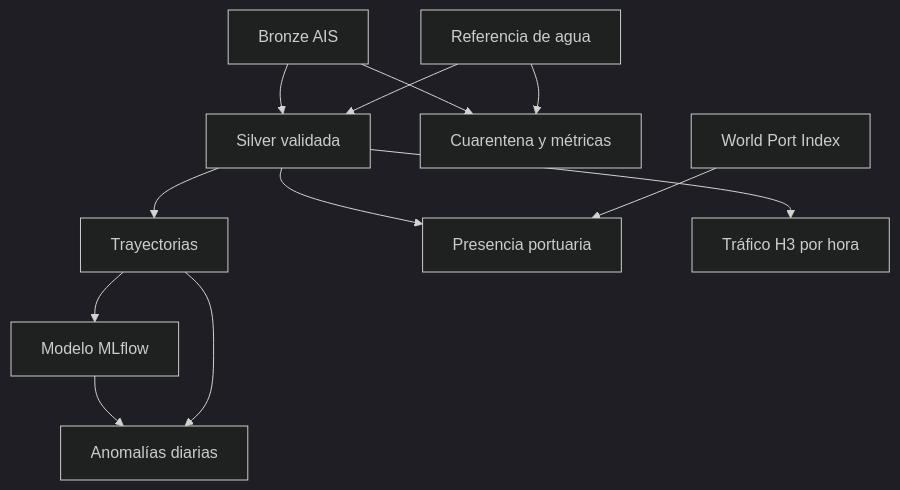
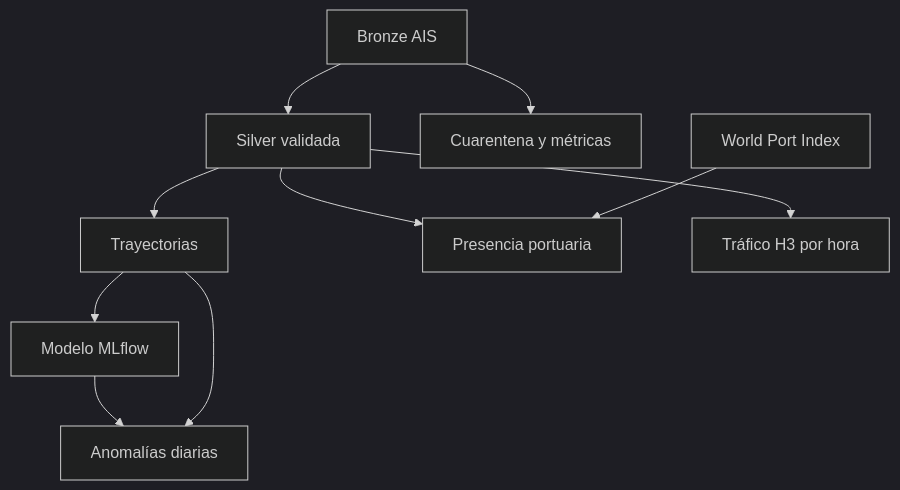
The diagram in docs/contrato_oro.md (dnlec/trafico-maritimo-oceanwatch), drawn with Mermaid (dark theme) before and after one commit. The commit also changed other lines of this file and 41 other files, not shown here.

````diff
--- a/docs/contrato_oro.md
+++ b/docs/contrato_oro.md
@@ -77,14 +77,12 @@
 ```mermaid
 flowchart TD
   B["Bronze AIS"] --> S["Silver validada"]
   B --> C["Cuarentena y métricas"]
-  A["Referencia de agua"] --> S
-  A --> C
   S --> T["Trayectorias"]
   S --> P["Presencia portuaria"]
   W["World Port Index"] --> P
   S --> H["Tráfico H3 por hora"]
   T --> M["Modelo MLflow"]
   M --> X["Anomalías diarias"]
   T --> X
 ```
````
